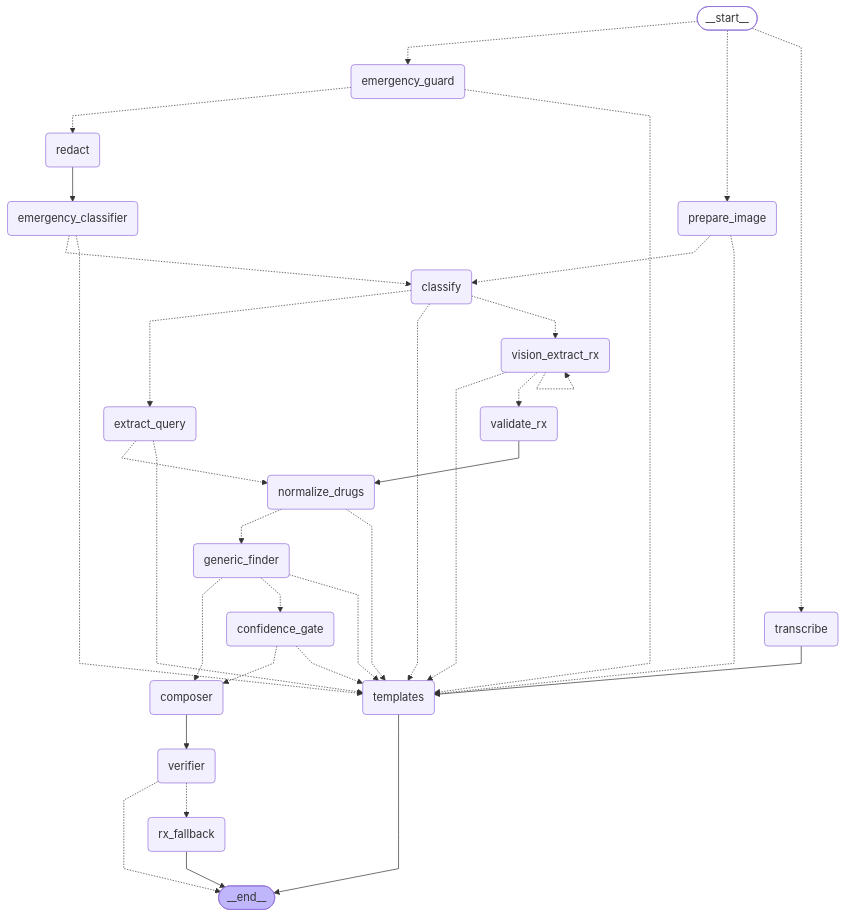
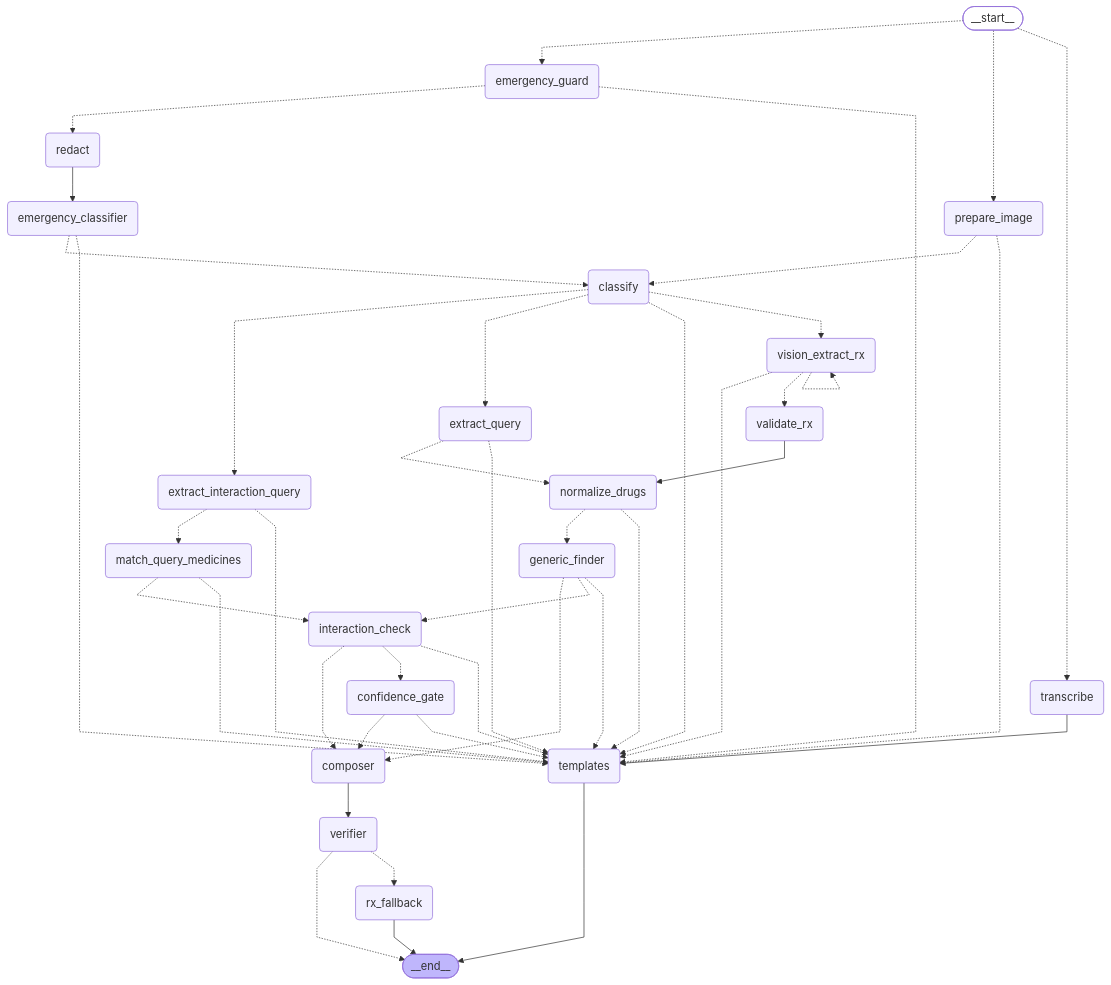
One commit to sachin-11/dawai-saathi changed the diagram in docs/architecture/graph.mmd. Above: the diagram before and after it, drawn with Mermaid. The commit also changed 94 other files, not shown here.

First line of the commit message:
feat(interactions): check duplicate ingredients and known interactions across all medicines (M11)

```diff
--- a/docs/architecture/graph.mmd
+++ b/docs/architecture/graph.mmd
@@ -1,59 +1,70 @@
 ---
 config:
   flowchart:
     curve: linear
 ---
 graph TD;
 	__start__([<p>__start__</p>]):::first
 	emergency_guard(emergency_guard)
 	redact(redact)
 	emergency_classifier(emergency_classifier)
 	transcribe(transcribe)
 	prepare_image(prepare_image)
 	classify(classify)
 	vision_extract_rx(vision_extract_rx)
 	validate_rx(validate_rx)
 	normalize_drugs(normalize_drugs)
 	generic_finder(generic_finder)
 	confidence_gate(confidence_gate)
 	extract_query(extract_query)
+	extract_interaction_query(extract_interaction_query)
+	match_query_medicines(match_query_medicines)
+	interaction_check(interaction_check)
 	composer(composer)
 	verifier(verifier)
 	templates(templates)
 	rx_fallback(rx_fallback)
 	__end__([<p>__end__</p>]):::last
 	__start__ -.-> emergency_guard;
 	__start__ -.-> prepare_image;
 	__start__ -.-> transcribe;
+	classify -.-> extract_interaction_query;
 	classify -.-> extract_query;
 	classify -.-> templates;
 	classify -.-> vision_extract_rx;
 	composer --> verifier;
 	confidence_gate -.-> composer;
 	confidence_gate -.-> templates;
 	emergency_classifier -.-> classify;
 	emergency_classifier -.-> templates;
 	emergency_guard -.-> redact;
 	emergency_guard -.-> templates;
+	extract_interaction_query -.-> match_query_medicines;
+	extract_interaction_query -.-> templates;
 	extract_query -.-> normalize_drugs;
 	extract_query -.-> templates;
 	generic_finder -.-> composer;
-	generic_finder -.-> confidence_gate;
+	generic_finder -.-> interaction_check;
 	generic_finder -.-> templates;
+	interaction_check -.-> composer;
+	interaction_check -.-> confidence_gate;
+	interaction_check -.-> templates;
+	match_query_medicines -.-> interaction_check;
+	match_query_medicines -.-> templates;
 	normalize_drugs -.-> generic_finder;
 	normalize_drugs -.-> templates;
 	prepare_image -.-> classify;
 	prepare_image -.-> templates;
 	redact --> emergency_classifier;
 	transcribe --> templates;
 	validate_rx --> normalize_drugs;
 	verifier -.-> __end__;
 	verifier -.-> rx_fallback;
 	vision_extract_rx -.-> templates;
 	vision_extract_rx -.-> validate_rx;
 	rx_fallback --> __end__;
 	templates --> __end__;
 	vision_extract_rx -.-> vision_extract_rx;
 	classDef default fill:#f2f0ff,line-height:1.2
 	classDef first fill-opacity:0
 	classDef last fill:#bfb6fc
```
